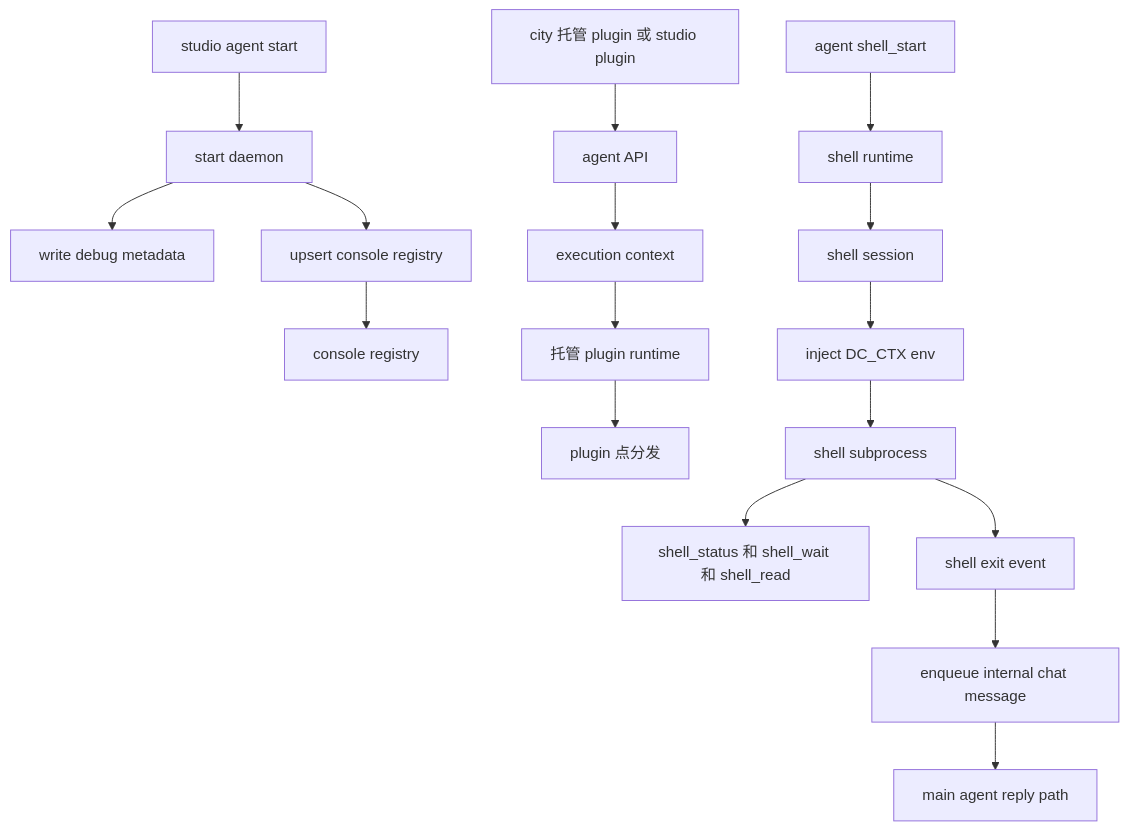
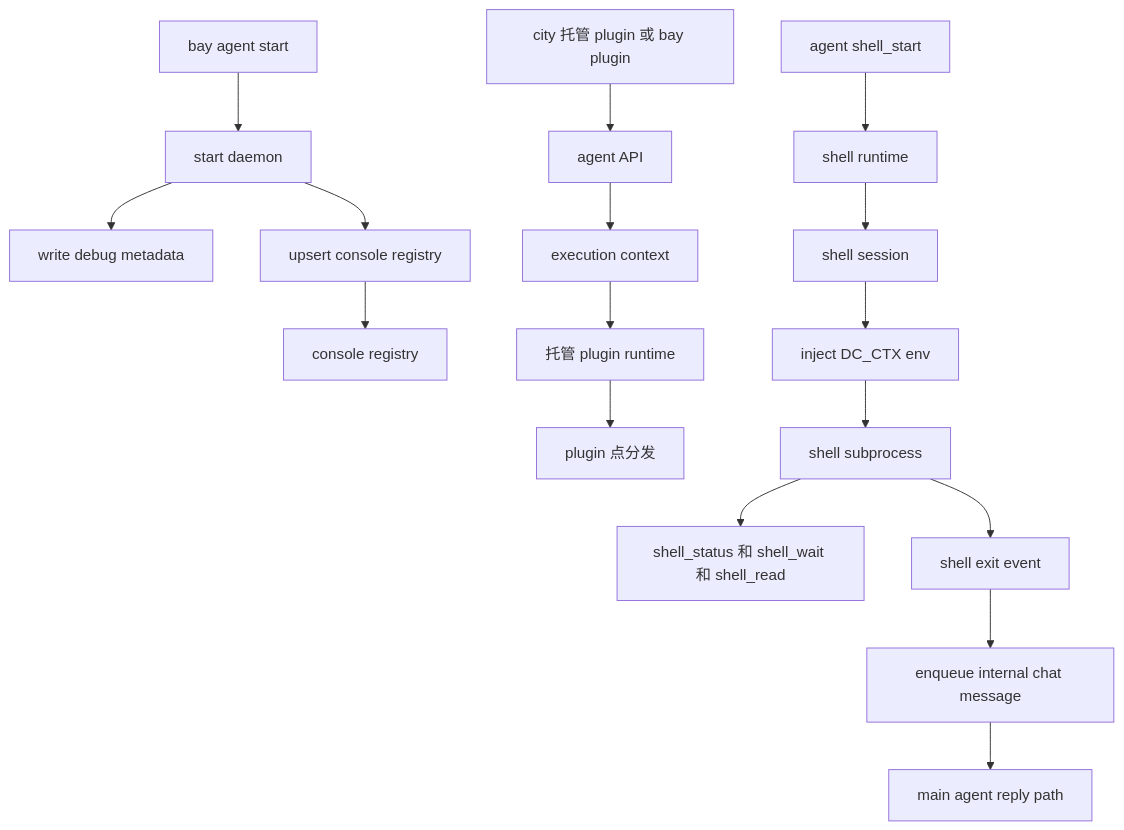
The diagram in homepage/content/docs/zh/concepts/console-registration-and-shell-flow.mdx (wangenius/downcity), drawn with Mermaid before and after one commit. The commit also changed 447 other files, not shown here.

Commit message:
feat(cli): rename studio command to bay

````diff
--- a/homepage/content/docs/zh/concepts/console-registration-and-shell-flow.mdx
+++ b/homepage/content/docs/zh/concepts/console-registration-and-shell-flow.mdx
@@ -33,21 +33,21 @@
 ```mermaid
 flowchart TD
-  A["studio agent start"] --> B["start daemon"]
+  A["bay agent start"] --> B["start daemon"]
   B --> C["write debug metadata"]
   B --> D["upsert console registry"]
   D --> E["console registry"]
 
-  F["city 托管 plugin 或 studio plugin"] --> G["agent API"]
+  F["city 托管 plugin 或 bay plugin"] --> G["agent API"]
   G --> H["execution context"]
   H --> I["托管 plugin runtime"]
   I --> J["plugin 点分发"]
 
   L["agent shell_start"] --> M["shell runtime"]
   M --> N["shell session"]
   N --> O["inject DC_CTX env"]
   O --> P["shell subprocess"]
   P --> Q["shell_status 和 shell_wait 和 shell_read"]
   P --> R["shell exit event"]
   R --> S["enqueue internal chat message"]
   S --> T["main agent reply path"]
 ```
````
